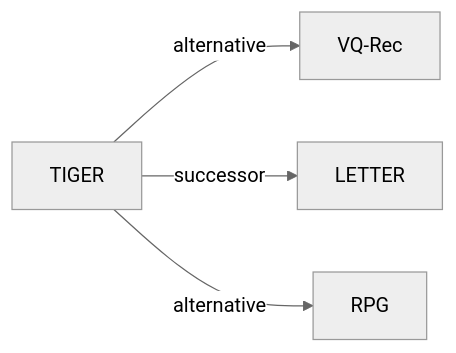
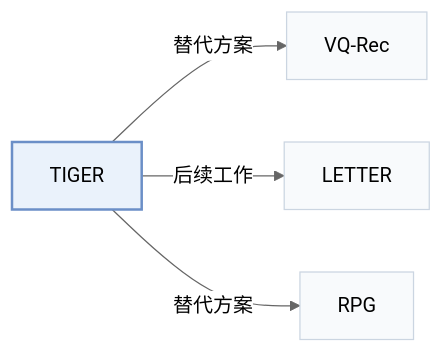
One commit to Galaxy-ghost/Awesome-SID-Generative-Rec changed the fourth of 4 diagrams in pages/zh/papers/tiger.md. Above: the diagram before and after it, drawn with Mermaid (neutral theme). The commit also changed other lines of this file and 649 other files, not shown here.

Commit message:
writer-05: also tags and modality index (schema, check, build, visuals); summary field removed; calibration data for 12 papers

````diff
--- a/pages/zh/papers/tiger.md
+++ b/pages/zh/papers/tiger.md
@@ -238,7 +248,11 @@
 ```mermaid
 flowchart LR
     P["TIGER"]
-    P -->|alternative| A["VQ-Rec"]
-    P -->|successor| B["LETTER"]
-    P -->|alternative| C["RPG"]
+    P -->|"替代方案"| A["VQ-Rec"]
+    P -->|"后续工作"| B["LETTER"]
+    P -->|"替代方案"| C["RPG"]
+    classDef main fill:#eaf2fb,stroke:#6b8fc7,stroke-width:2px
+    classDef peer fill:#f8fafc,stroke:#cbd5e1
+    class P main
+    class A,B,C peer
 ```
````
